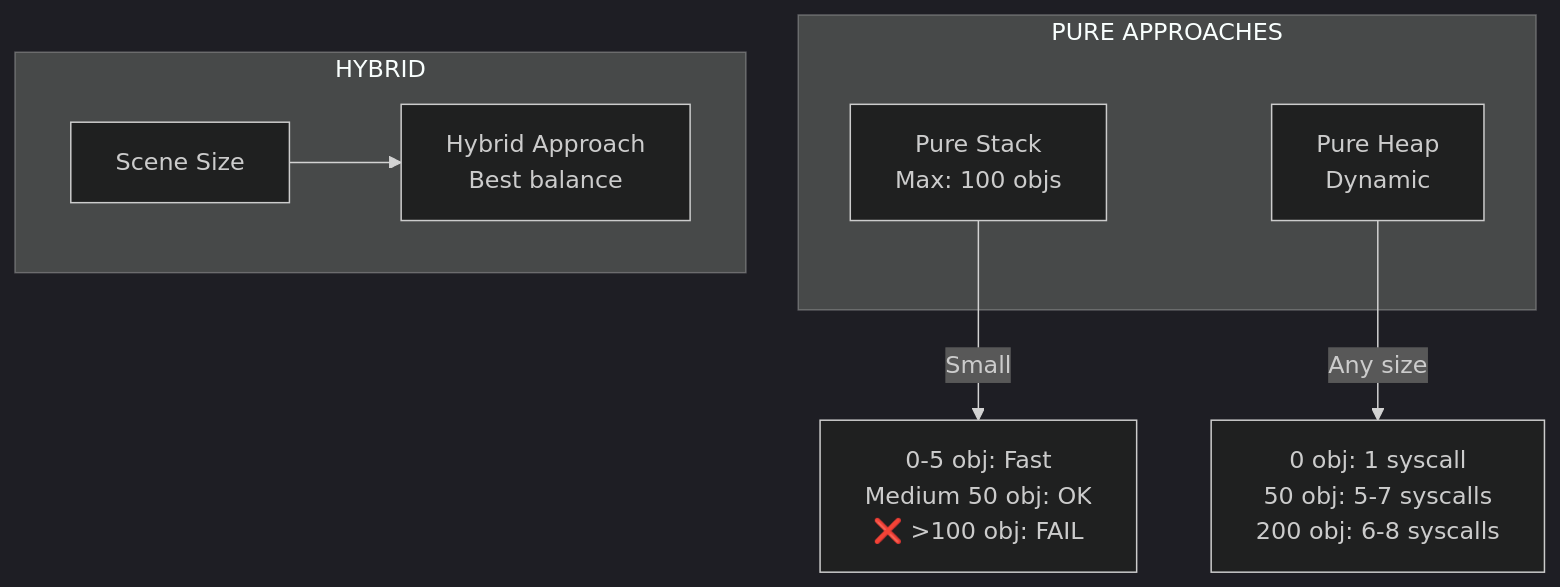
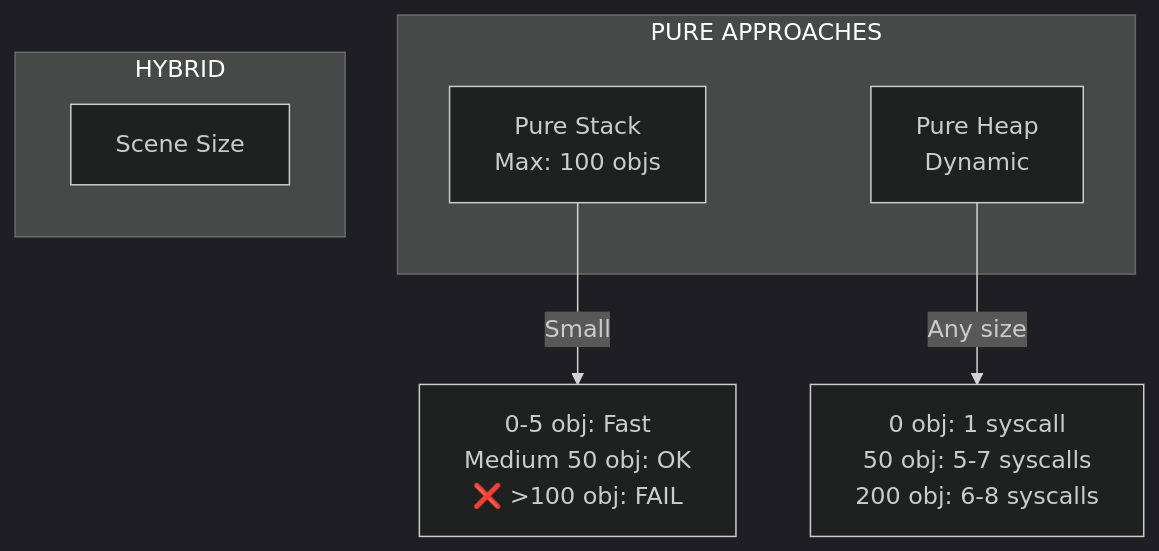
The diagram in docs/architecture/architecture_comparisson.md (alexostn/miniRT_decoded), drawn with Mermaid (dark theme) before and after one commit.

````diff
--- a/docs/architecture/architecture_comparisson.md
+++ b/docs/architecture/architecture_comparisson.md
@@ -31,16 +31,14 @@
 ```mermaid
 graph TD
     subgraph Pure["PURE APPROACHES"]
         PS["Pure Stack<br/>Max: 100 objs"]
         PH["Pure Heap<br/>Dynamic"]
     end
     
     PS -->|Small| PS1["0-5 obj: Fast<br/>Medium 50 obj: OK<br/>❌ >100 obj: FAIL"]
     PH -->|Any size| PH1["0 obj: 1 syscall<br/>50 obj: 5-7 syscalls<br/>200 obj: 6-8 syscalls"]
     
-    subgraph Hybrid["HYBRID"]
+    subgraph Hybrid[" HYBRID "]
         Scene["Scene Size"]
-        HybridApproach["Hybrid Approach<br/>Best balance"]
     end
-    Scene --> HybridApproach
 ```
````
